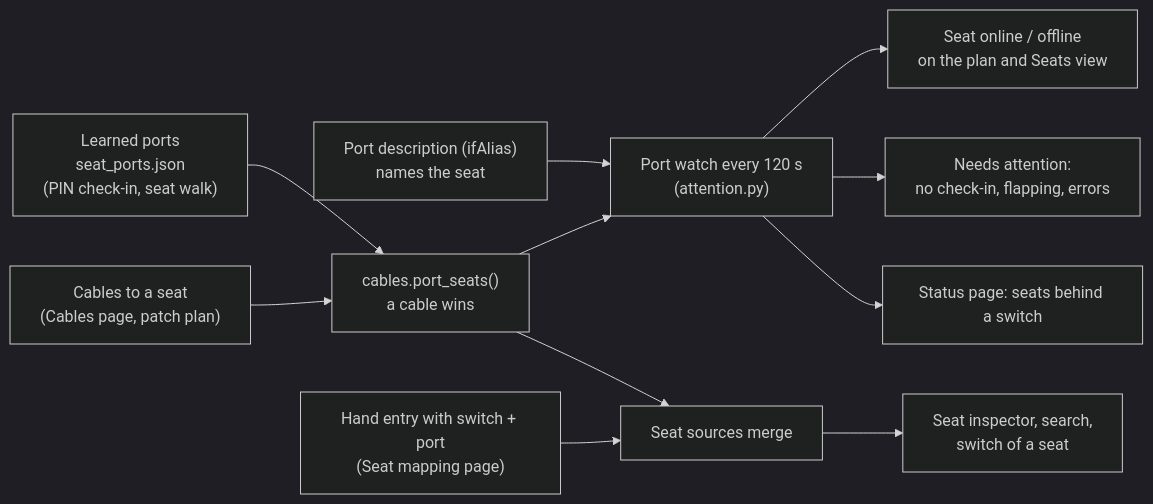
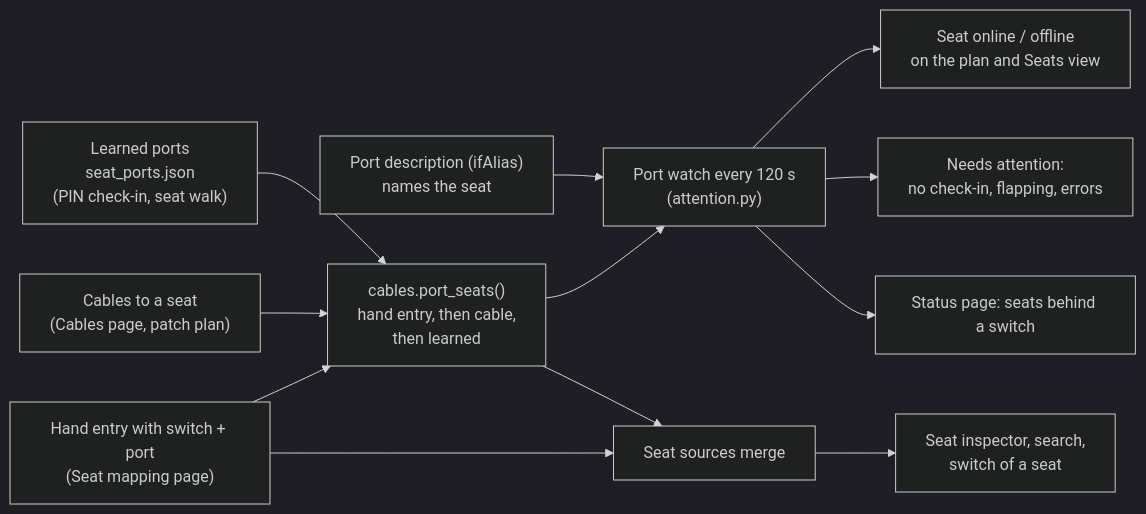
Before and after one commit to bitsandbricks-ch/floorbit: the fifth of 6 diagrams in docs/how-seat-mapping.md, drawn with Mermaid (dark theme). The commit also changed other lines of this file and 5 other files, not shown here.

First line of the commit message:
Hand-entered seat ports count for the port watch (#953)

````diff
--- a/docs/how-seat-mapping.md
+++ b/docs/how-seat-mapping.md
@@ -123,13 +124,14 @@
 ```mermaid
 flowchart LR
-  cab["Cables to a seat<br/>(Cables page, patch plan)"] --> ps["cables.port_seats()<br/>a cable wins"]
+  hand["Hand entry with switch + port<br/>(Seat mapping page)"] --> ps["cables.port_seats()<br/>hand entry, then cable,<br/>then learned"]
+  cab["Cables to a seat<br/>(Cables page, patch plan)"] --> ps
   lp["Learned ports<br/>seat_ports.json<br/>(PIN check-in, seat walk)"] --> ps
   ps --> watch["Port watch every 120 s<br/>(attention.py)"]
   alias["Port description (ifAlias)<br/>names the seat"] --> watch
   watch --> state["Seat online / offline<br/>on the plan and Seats view"]
   watch --> att["Needs attention:<br/>no check-in, flapping, errors"]
   watch --> sp["Status page: seats behind a switch"]
-  hand["Hand entry with switch + port<br/>(Seat mapping page)"] --> src["Seat sources merge"]
+  hand --> src["Seat sources merge"]
   ps --> src
   src --> insp["Seat inspector, search,<br/>switch of a seat"]
 ```
````
